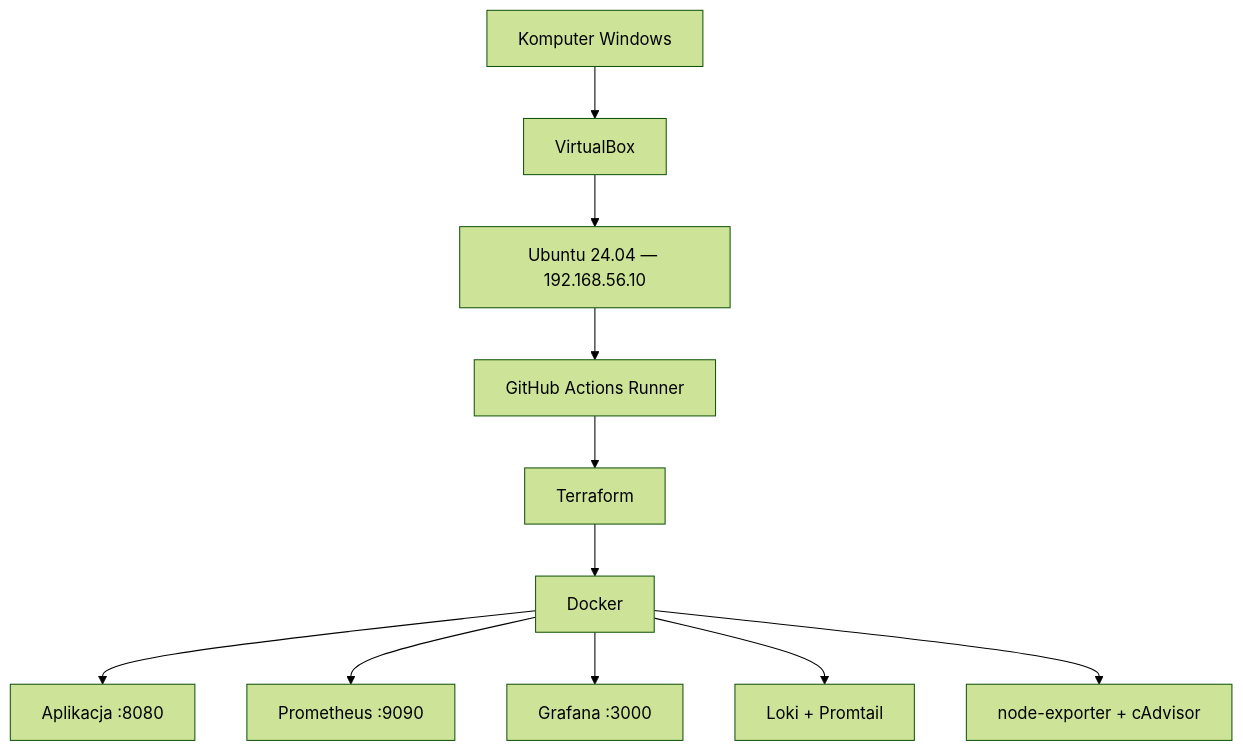
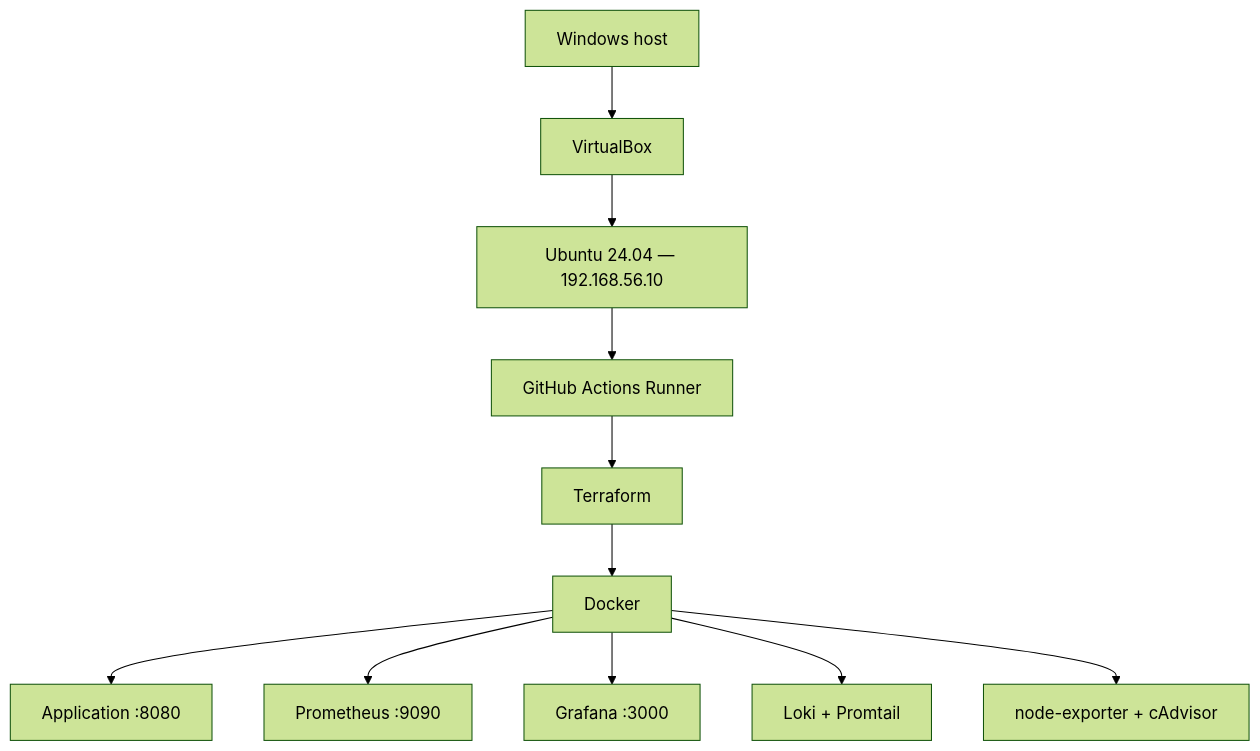
Before and after one commit to NDark99/devops-graduate-infrastructure: the diagram in README.md, drawn with Mermaid (forest theme). The commit also changed other lines of this file, not shown here.

````diff
--- a/README.md
+++ b/README.md
@@ -9,13 +9,13 @@
 ```mermaid
 flowchart TB
-    Host["Komputer Windows"] --> VB["VirtualBox"]
+    Host["Windows host"] --> VB["VirtualBox"]
     VB --> VM["Ubuntu 24.04 — 192.168.56.10"]
     VM --> Runner["GitHub Actions Runner"]
     Runner --> TF["Terraform"]
     TF --> Docker["Docker"]
-    Docker --> App["Aplikacja :8080"]
+    Docker --> App["Application :8080"]
     Docker --> Prom["Prometheus :9090"]
     Docker --> Grafana["Grafana :3000"]
     Docker --> Loki["Loki + Promtail"]
     Docker --> Exporters["node-exporter + cAdvisor"]
 ```
````
